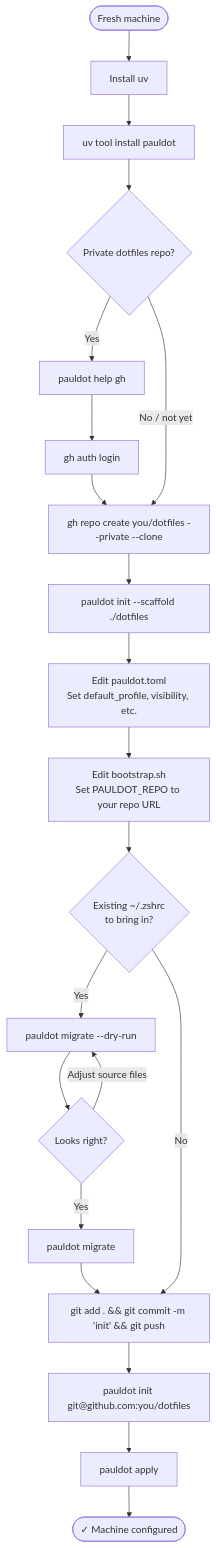
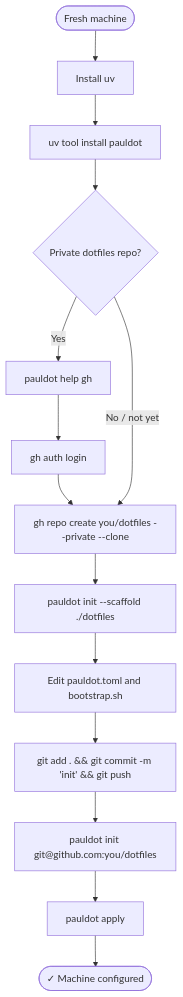
Before and after one commit to phalt/pauldot: the diagram in docs/flows/bootstrap.md, drawn with Mermaid. The commit also changed other lines of this file and 12 other files, not shown here.

````diff
--- a/docs/flows/bootstrap.md
+++ b/docs/flows/bootstrap.md
@@ -11,28 +9,19 @@
 ```mermaid
 flowchart TD
     A([Fresh machine]) --> B[Install uv]
     B --> C["uv tool install pauldot"]
     C --> D{Private dotfiles repo?}
 
     D -->|Yes| E["pauldot help gh"]
     E --> F["gh auth login"]
     F --> G
 
     D -->|No / not yet| G["gh repo create you/dotfiles --private --clone"]
 
     G --> H["pauldot init --scaffold ./dotfiles"]
-    H --> I[Edit pauldot.toml\nSet default_profile, visibility, etc.]
-    I --> J[Edit bootstrap.sh\nSet PAULDOT_REPO to your repo URL]
-    J --> K{Existing ~/.zshrc\nto bring in?}
-
-    K -->|Yes| L["pauldot migrate --dry-run"]
-    L --> M{Looks right?}
-    M -->|Adjust source files| L
-    M -->|Yes| N["pauldot migrate"]
-    N --> O
-
-    K -->|No| O["git add . && git commit -m 'init' && git push"]
-    O --> P["pauldot init git@github.com:you/dotfiles"]
-    P --> Q["pauldot apply"]
-    Q --> R(["✓ Machine configured"])
+    H --> I["Edit pauldot.toml and bootstrap.sh"]
+    I --> N["git add . && git commit -m 'init' && git push"]
+    N --> O["pauldot init git@github.com:you/dotfiles"]
+    O --> P["pauldot apply"]
+    P --> Q(["✓ Machine configured"])
 ```
````
